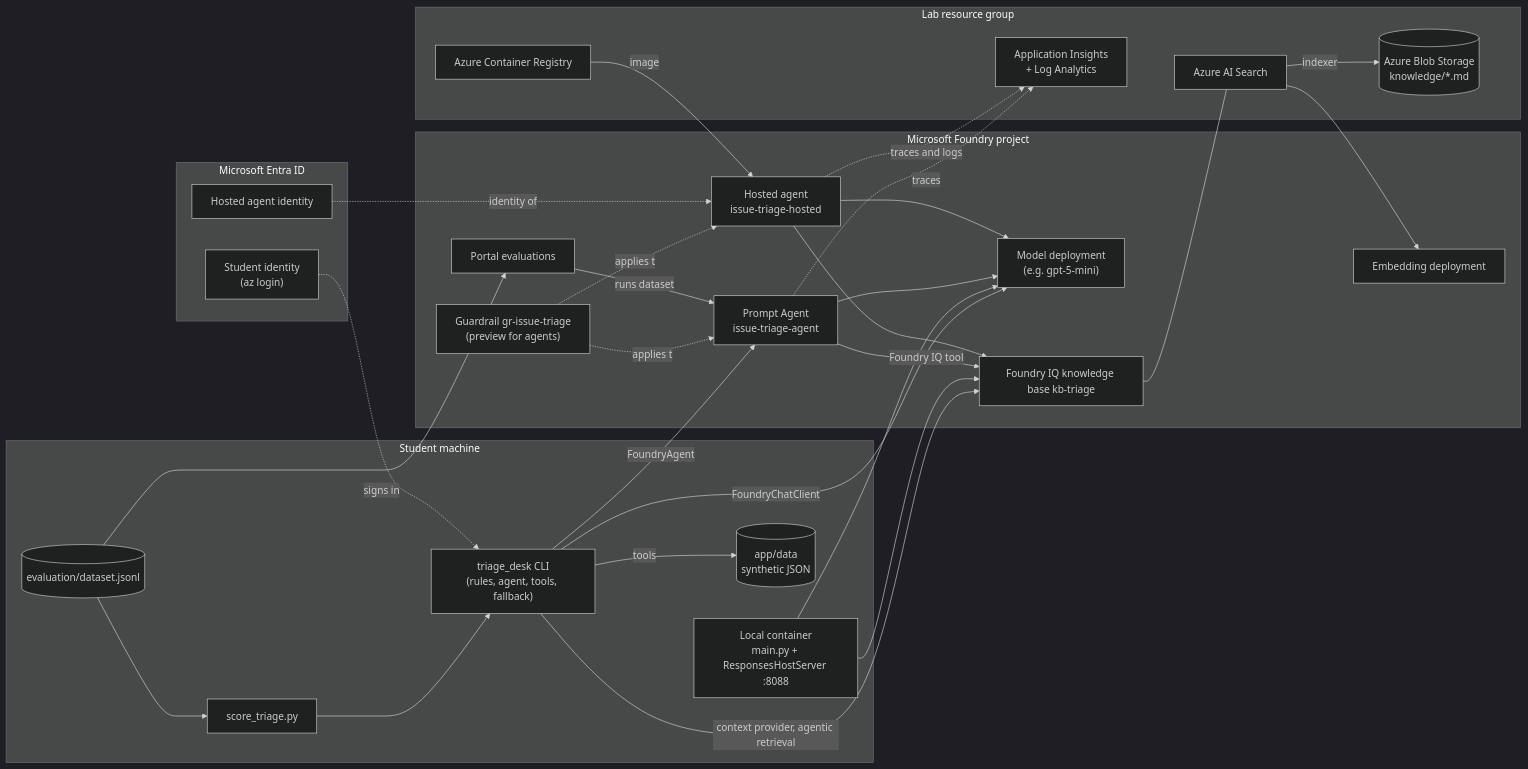
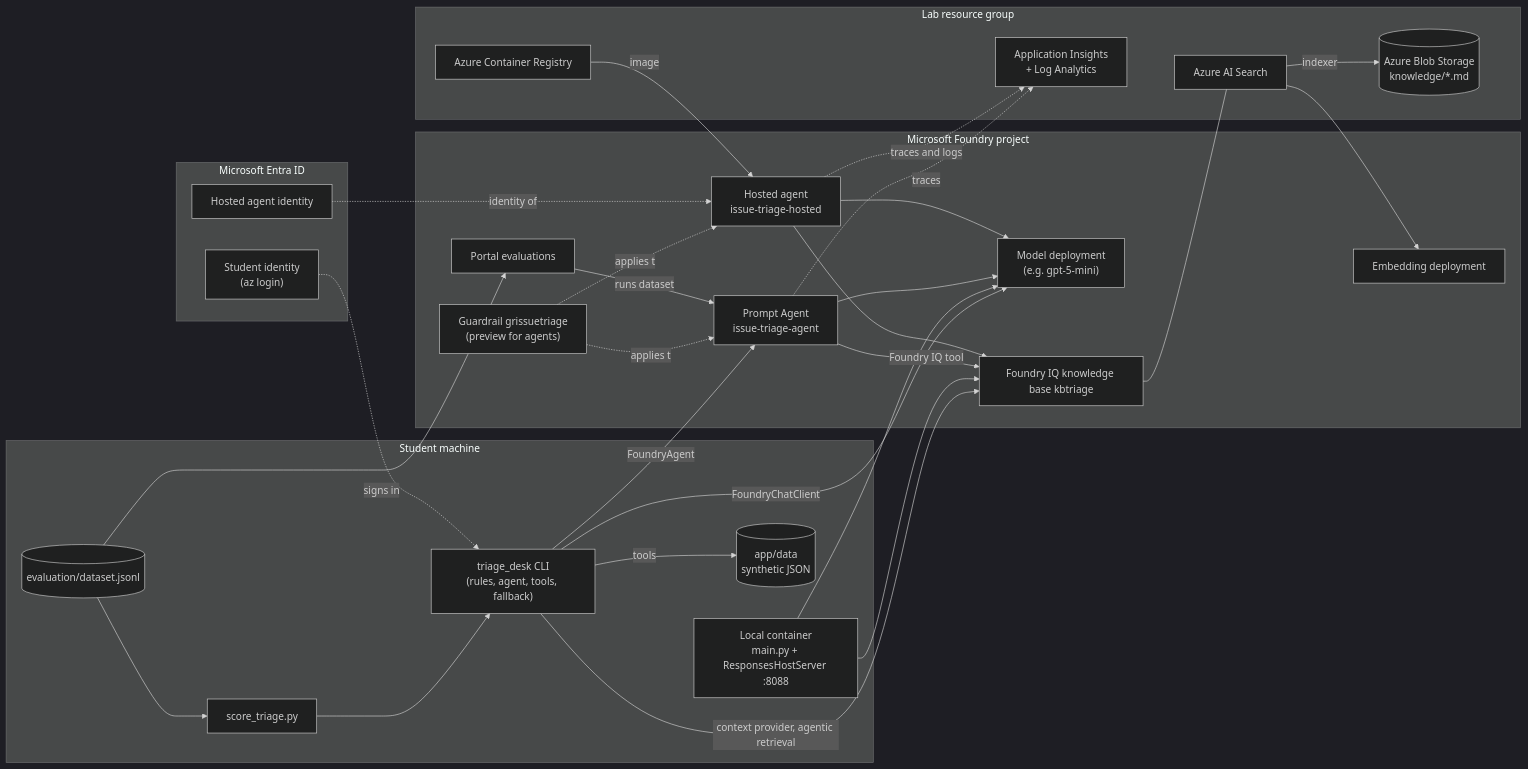
Before and after one commit to ovaismehboob/foundry-agent-lab-issue-triage: the diagram in docs/architecture.md, drawn with Mermaid (dark theme). The commit also changed other lines of this file and 10 other files, not shown here.

````diff
--- a/docs/architecture.md
+++ b/docs/architecture.md
@@ -7,57 +7,57 @@
 ```mermaid
 flowchart LR
     subgraph Local["Student machine"]
         CLI["triage_desk CLI<br/>(rules, agent, tools, fallback)"]
         Container["Local container<br/>main.py + ResponsesHostServer :8088"]
         Data[("app/data<br/>synthetic JSON")]
         Eval[("evaluation/dataset.jsonl")]
         Scorer["score_triage.py"]
     end
 
     subgraph Entra["Microsoft Entra ID"]
         User["Student identity<br/>(az login)"]
         AgentId["Hosted agent identity"]
     end
 
     subgraph Foundry["Microsoft Foundry project"]
         Model["Model deployment<br/>(e.g. gpt-5-mini)"]
         Embed["Embedding deployment"]
         Prompt["Prompt Agent<br/>issue-triage-agent"]
         Hosted["Hosted agent<br/>issue-triage-hosted"]
-        Guard["Guardrail gr-issue-triage<br/>(preview for agents)"]
+        Guard["Guardrail grissuetriage<br/>(preview for agents)"]
         Evals["Portal evaluations"]
-        KB["Foundry IQ knowledge base kb-triage"]
+        KB["Foundry IQ knowledge base kbtriage"]
     end
 
     subgraph Azure["Lab resource group"]
         Search["Azure AI Search"]
         Blob[("Azure Blob Storage<br/>knowledge/*.md")]
         ACR["Azure Container Registry"]
         AppIns["Application Insights<br/>+ Log Analytics"]
     end
 
     CLI -->|FoundryAgent| Prompt
     CLI -->|FoundryChatClient| Model
     CLI -->|tools| Data
     CLI -->|context provider, agentic retrieval| KB
     Container --> Model
     Container --> KB
     Prompt --> Model
     Prompt -->|Foundry IQ tool| KB
     Hosted --> Model
     Hosted --> KB
     KB --- Search
     Search -->|indexer| Blob
     Search --> Embed
     ACR -->|image| Hosted
     Guard -.applies to.-> Prompt
     Guard -.applies to.-> Hosted
     Evals -->|runs dataset| Prompt
     Eval --> Evals
     Eval --> Scorer
     Scorer --> CLI
     Prompt -.traces.-> AppIns
     Hosted -.traces and logs.-> AppIns
     User -.signs in.-> CLI
     AgentId -.identity of.-> Hosted
 ```
````
